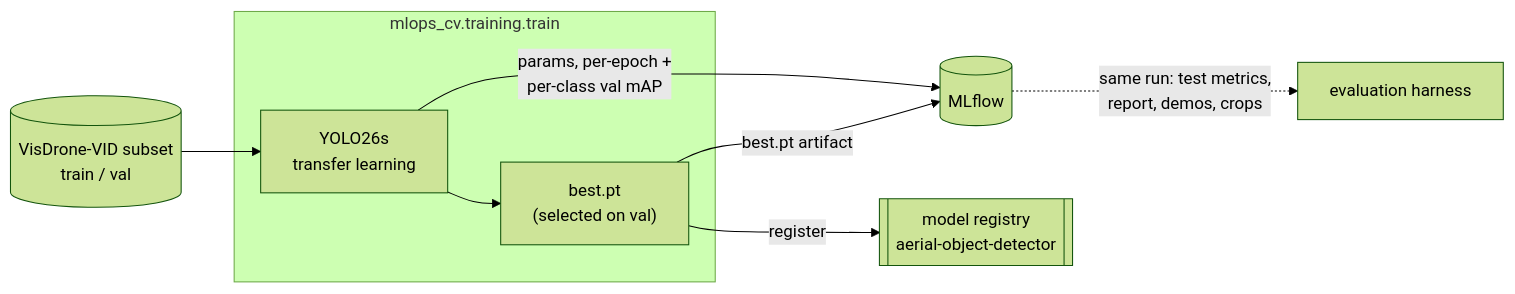
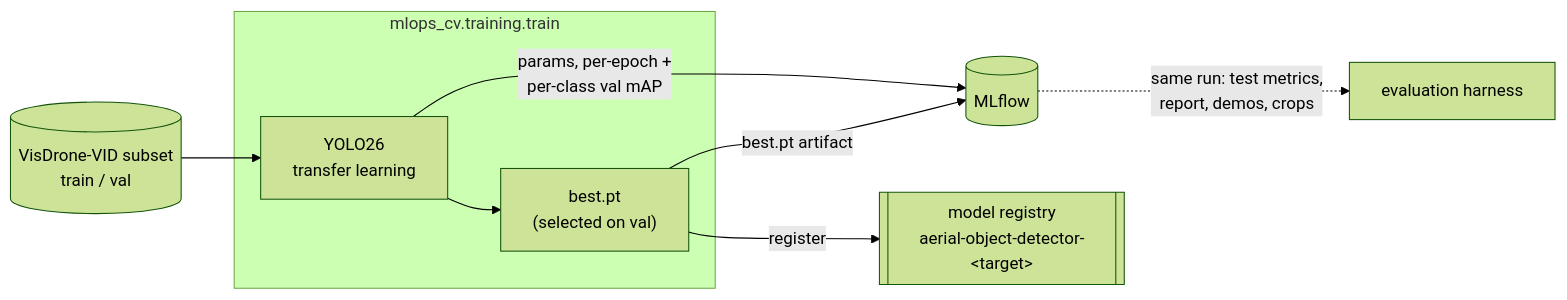
The diagram in docs/training.md (vtarasv/mlops-cv), drawn with Mermaid (forest theme) before and after one commit. The commit also changed other lines of this file and 51 other files, not shown here.

````diff
--- a/docs/training.md
+++ b/docs/training.md
@@ -9,11 +9,11 @@
 ```mermaid
 flowchart LR
   subset[("VisDrone-VID subset<br/>train / val")] --> yolo
   subgraph train["mlops_cv.training.train"]
-    yolo["YOLO26s<br/>transfer learning"] --> best["best.pt<br/>(selected on val)"]
+    yolo["YOLO26<br/>transfer learning"] --> best["best.pt<br/>(selected on val)"]
   end
   yolo -->|"params, per-epoch +<br/>per-class val mAP"| mlflow[("MLflow")]
   best -->|"best.pt artifact"| mlflow
-  best -->|register| registry[["model registry<br/>aerial-object-detector"]]
+  best -->|register| registry[["model registry<br/>aerial-object-detector-&lt;target&gt;"]]
   mlflow -.->|"same run: test metrics,<br/>report, demos, crops"| evalh["evaluation harness"]
 ```
````
